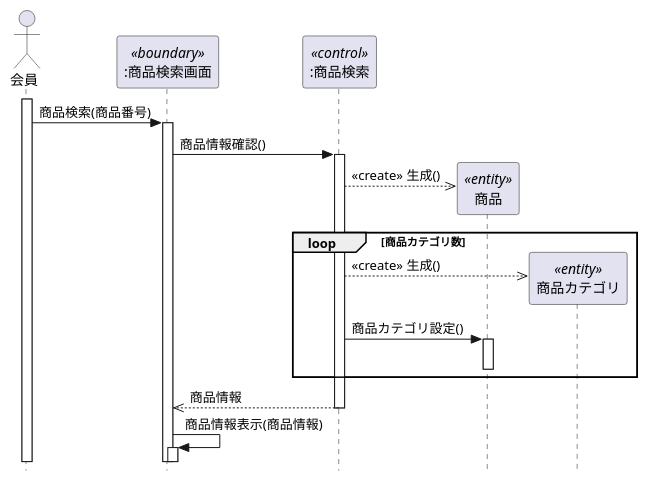
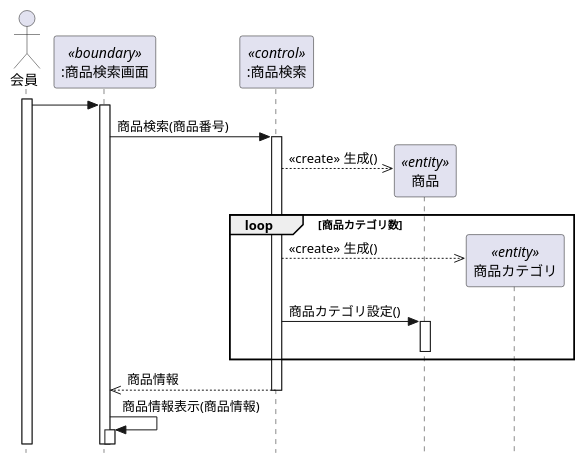
One commit to marute0215/uml-introduction changed the diagram in 演習4-5_SD_商品情報検索.pu. Above: the diagram before and after it, drawn with PlantUML.

Commit message:
修正

```diff
--- a/演習4-5_SD_商品情報検索.pu
+++ b/演習4-5_SD_商品情報検索.pu
@@ -1,34 +1,34 @@
 @startuml 商品情報検索
 hide footbox
 skinparam style strictuml
 Actor 会員 as customer 
 participant ":商品検索画面" as search <<boundary>>
 participant ":商品検索" as searchcontrol <<control>>
 participant "商品" as goods <<entity>>
 participant "商品カテゴリ" as category <<entity>>
 
 activate customer
-customer -> search : 商品検索(商品番号)
+customer -> search
 
 activate search
-search -> searchcontrol : 商品情報確認()
+search -> searchcontrol :商品検索(商品番号)
 
 activate searchcontrol
 create goods
 searchcontrol -->> goods : <<create>> 生成()
 loop 商品カテゴリ数
 create category
 searchcontrol -->> category : <<create>> 生成()
 searchcontrol -> goods : 商品カテゴリ設定()
 
 activate goods
 
 deactivate goods
 end loop
 searchcontrol -->> search : 商品情報
 
 deactivate searchcontrol 
 search -> search : 商品情報表示(商品情報)
 
 activate search
 @enduml
```
